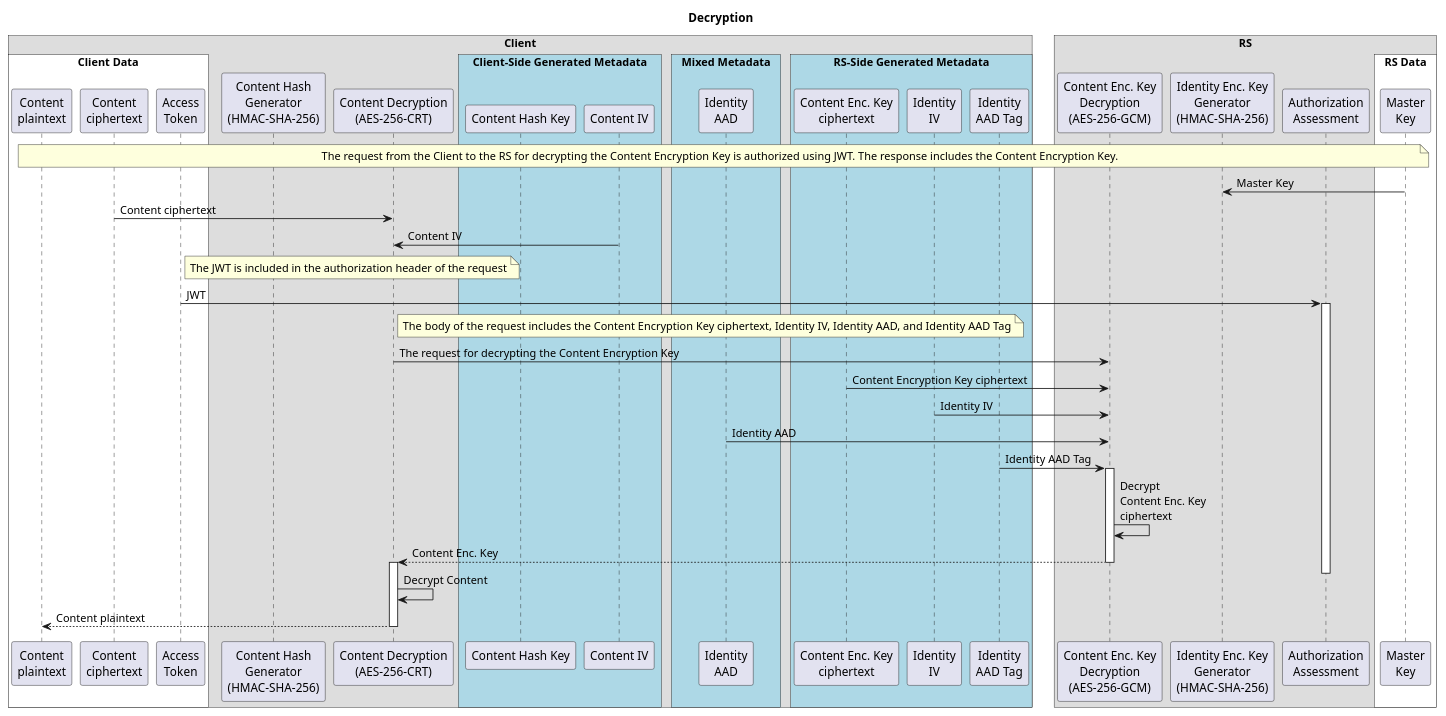
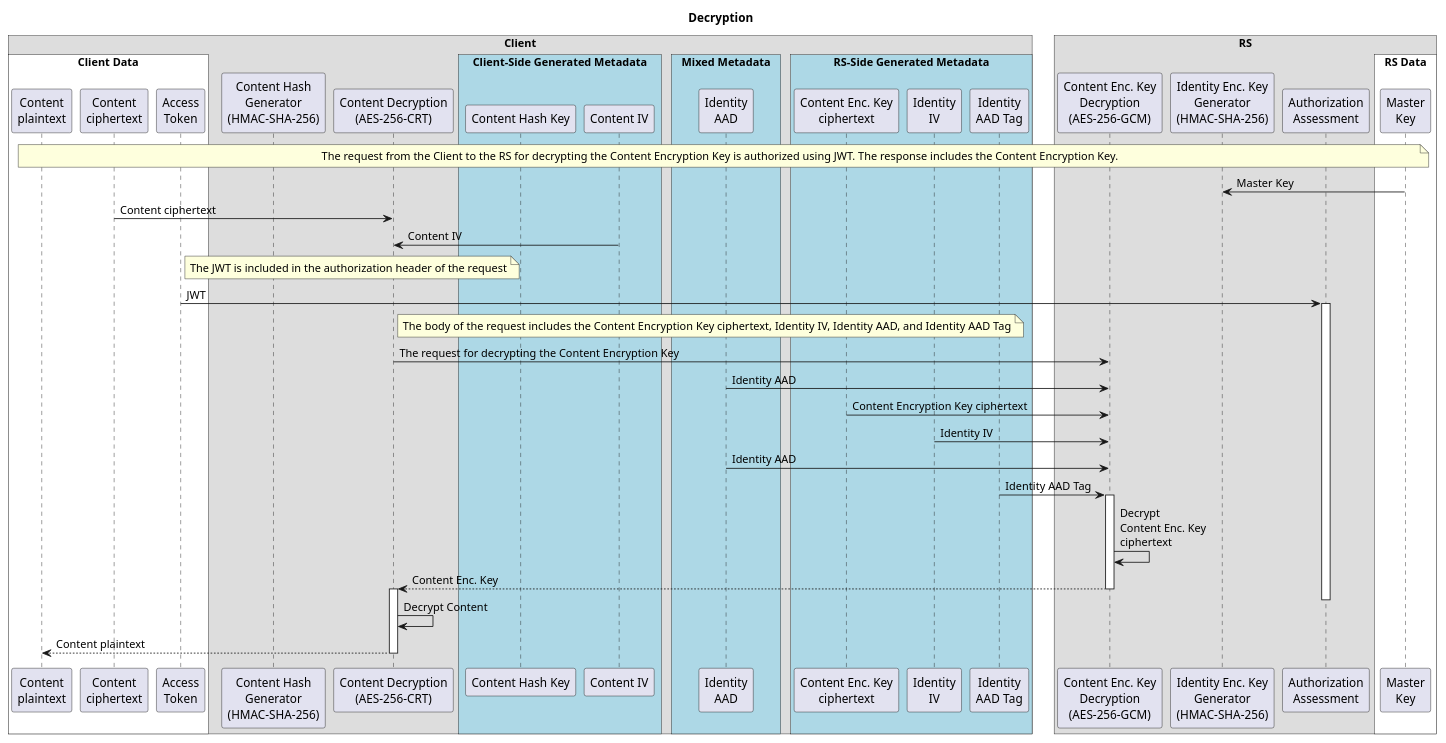
One commit to umalabs/ibe changed the second of 2 diagrams in docs/CRYPTOGRAPHY.md. Above: the diagram before and after it, drawn with PlantUML.

Commit message:
cryptography

```diff
--- a/docs/CRYPTOGRAPHY.md
+++ b/docs/CRYPTOGRAPHY.md
@@ -273,6 +273,7 @@
 note right of ContentDecryption: The body of the request includes the Content Encryption Key ciphertext, Identity IV, Identity AAD, and Identity AAD Tag
 ContentDecryption -> ContentEncKeyDecryption: The request for decrypting the Content Encryption Key
 ' --- Content Encryption Key decryption ---
+IdentityAADMetadata -> ContentEncKeyDecryption: Identity AAD
 ContentEncKeyCiphertextMetadata -> ContentEncKeyDecryption: Content Encryption Key ciphertext
 IdentityIVMetadata -> ContentEncKeyDecryption: Identity IV
 IdentityAADMetadata -> ContentEncKeyDecryption: Identity AAD
```
